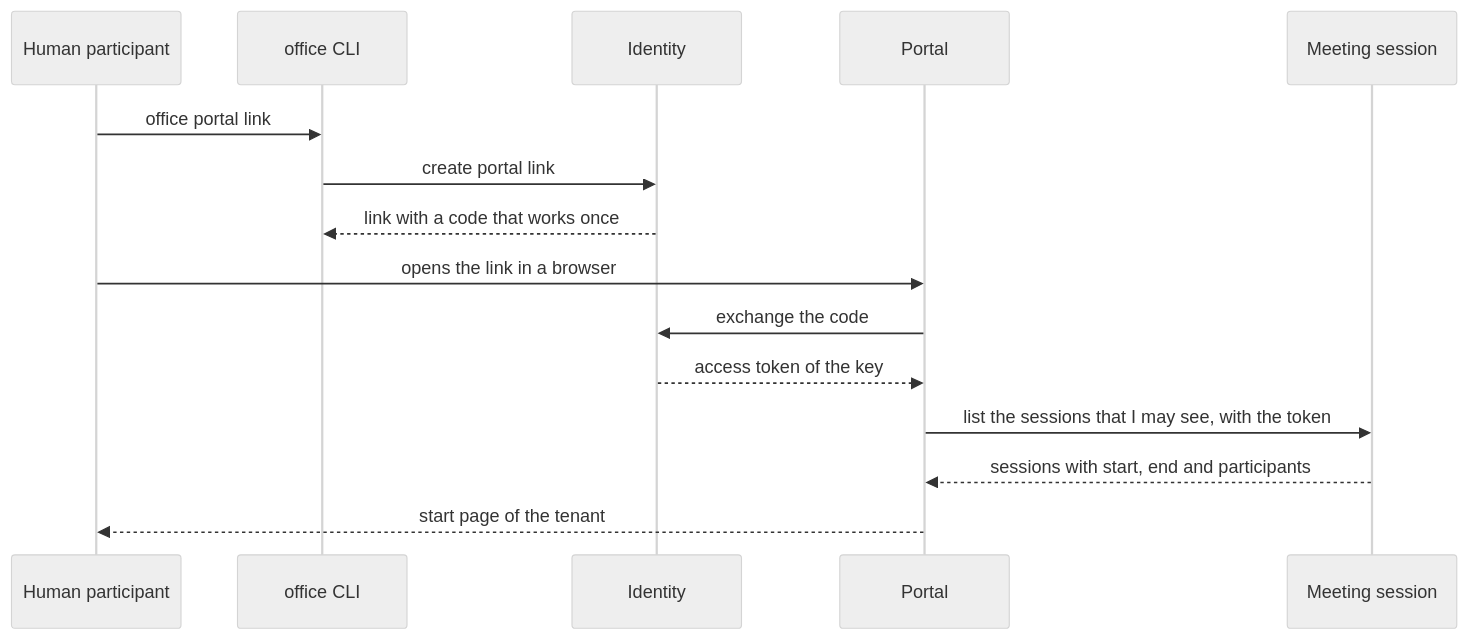
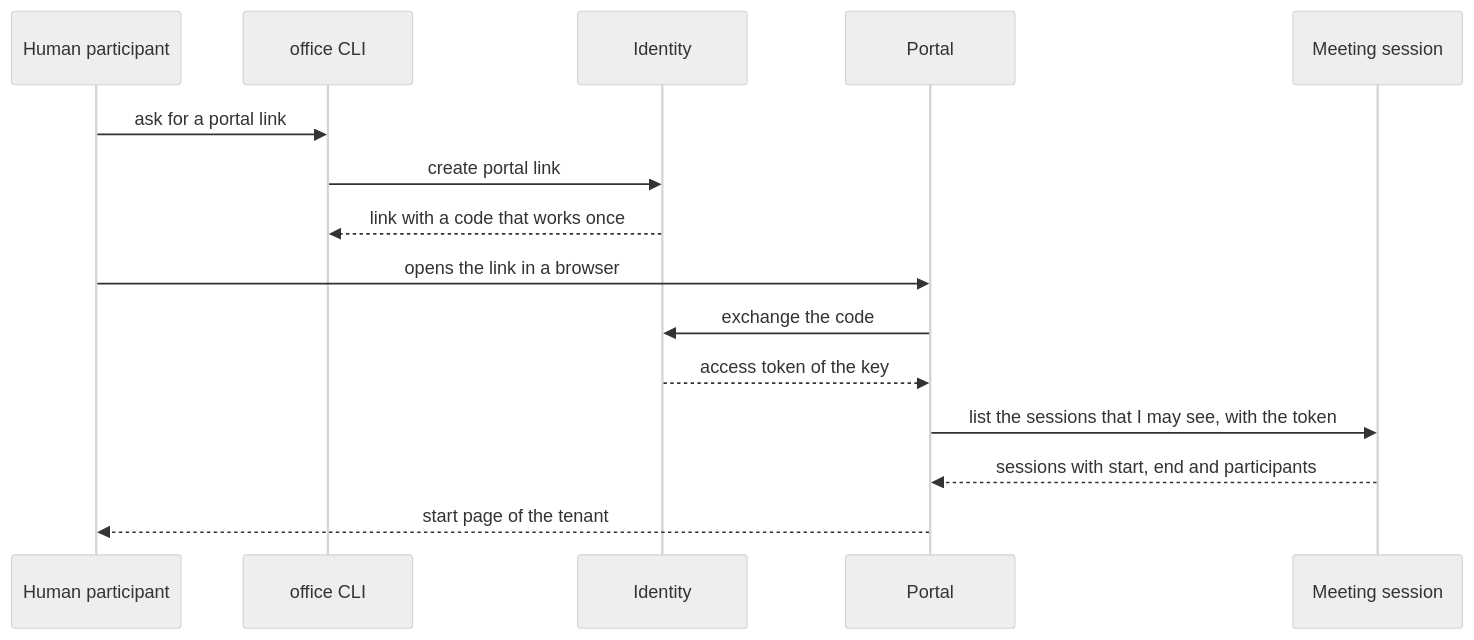
Before and after one commit to mrsimpson/agentic-office: the tenth of 24 diagrams in docs/architecture/06-runtime-view.arc42.md, drawn with Mermaid (neutral theme). The commit also changed other lines of this file and 9 other files, not shown here.

First line of the commit message:
docs(architecture): state each fact once, in its owner element (#285)

````diff
--- a/docs/architecture/06-runtime-view.arc42.md
+++ b/docs/architecture/06-runtime-view.arc42.md
@@ -444,17 +444,17 @@
 ```mermaid
 sequenceDiagram
     participant actor_human as Human participant
     participant bb_cli as office CLI
     participant bb_identity as Identity
     participant bb_portal as Portal
     participant bb_session_service as Meeting session
-    actor_human->>bb_cli: office portal link
+    actor_human->>bb_cli: ask for a portal link
     bb_cli->>bb_identity: create portal link
     bb_identity-->>bb_cli: link with a code that works once
     actor_human->>bb_portal: opens the link in a browser
     bb_portal->>bb_identity: exchange the code
     bb_identity-->>bb_portal: access token of the key
     bb_portal->>bb_session_service: list the sessions that I may see, with the token
     bb_session_service-->>bb_portal: sessions with start, end and participants
     bb_portal-->>actor_human: start page of the tenant
 ```
````
